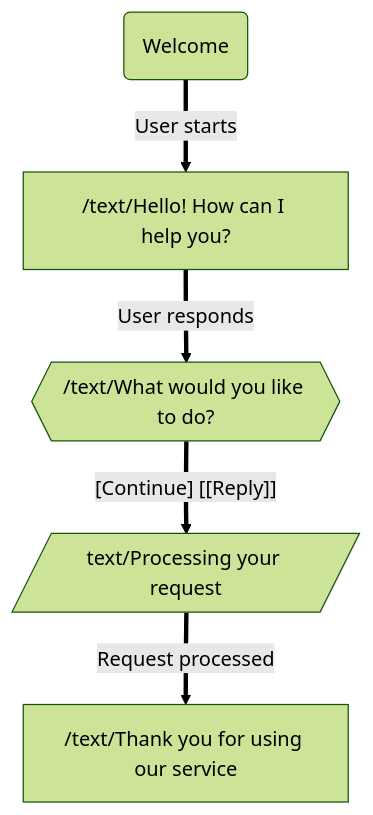
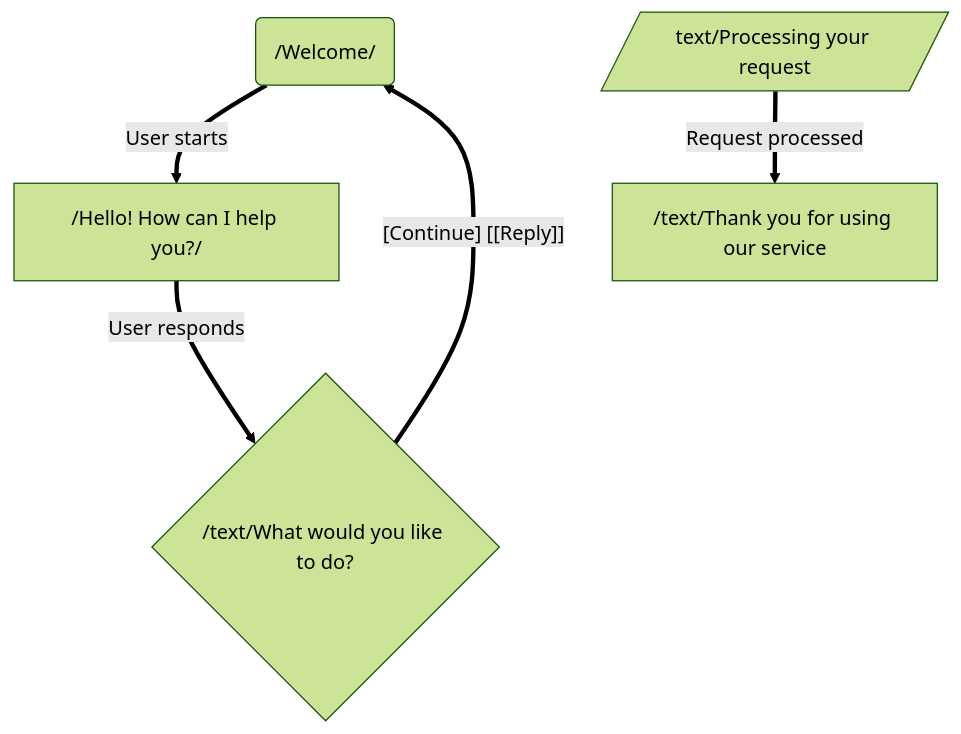
Before and after one commit to dexoon/mermaid-template-checker: the diagram in tests/incorrect/mixed-button-types.md, drawn with Mermaid (forest theme). The commit also changed 12 other files, not shown here.

Commit message:
feat: add support for stadium shaped nodes in Mermaid flowcharts; enhance validation logic and tests for multi-line labels

````diff
--- a/tests/incorrect/mixed-button-types.md
+++ b/tests/incorrect/mixed-button-types.md
@@ -3,15 +3,15 @@
 ```mermaid
 flowchart TD
 %% Node Definitions
-WELCOME("Welcome")
-GREETING["/text/Hello! How can I help you?"]
-CHOICE{{/text/What would you like to do?}}
+START("/Welcome/")
+GREETING["/Hello! How can I help you?/"]
+CHOICE{"/text/What would you like to do?"}
 PROCESS[/text/Processing your request/]
 END["/text/Thank you for using our service"]
 
 %% Connections
-WELCOME == "User starts" ==> GREETING
+START == "User starts" ==> GREETING
 GREETING == "User responds" ==> CHOICE
-CHOICE == "[Continue] [[Reply]]" ==> PROCESS
+CHOICE == "[Continue] [[Reply]]" ==> START
 PROCESS == "Request processed" ==> END
 ```
````
